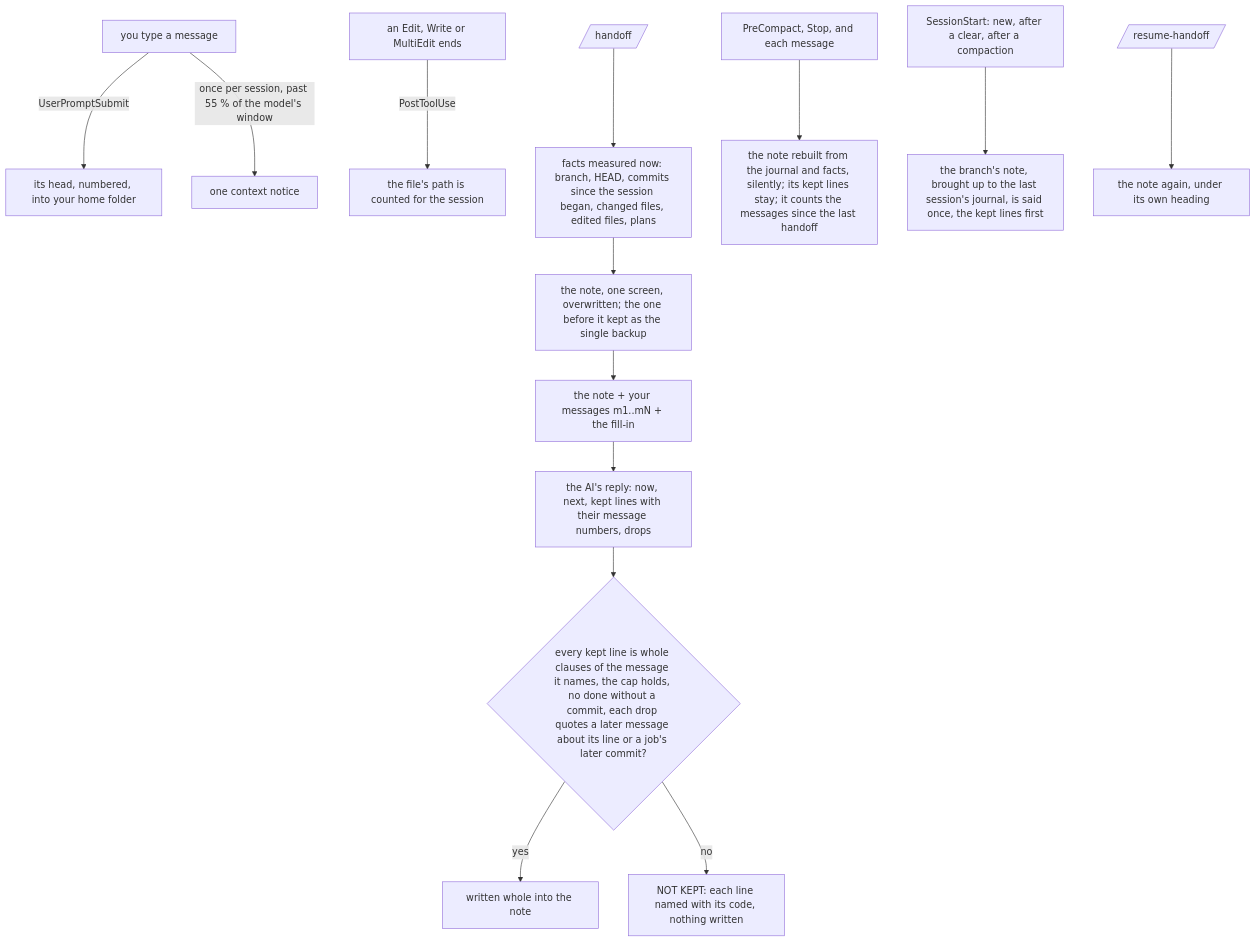
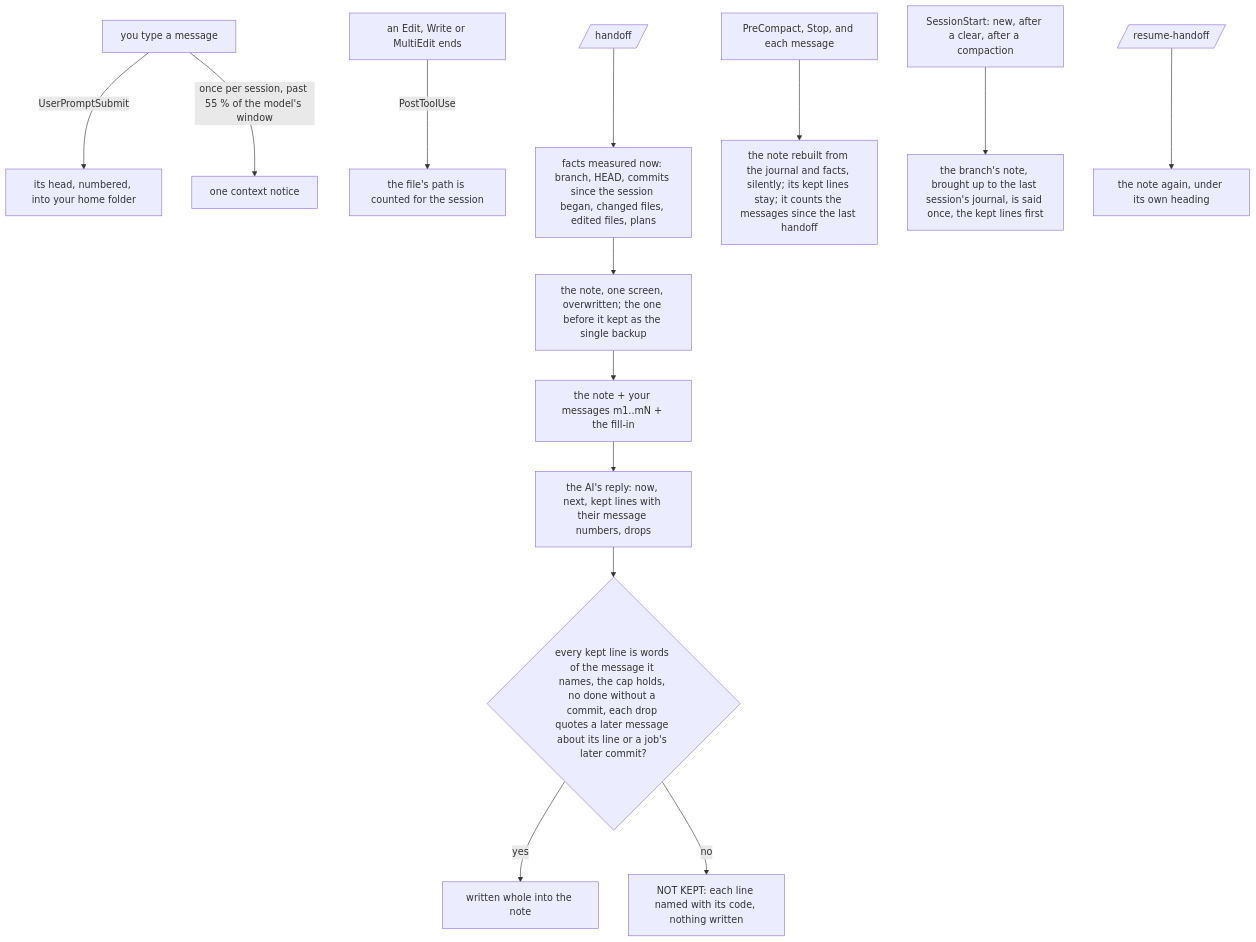
The diagram in packages/handoff/README.md (Bariscanates404/decisionbook), drawn with Mermaid before and after one commit. The commit also changed other lines of this file and 211 other files, not shown here.

````diff
--- a/packages/handoff/README.md
+++ b/packages/handoff/README.md
@@ -41,16 +40,16 @@
 ```mermaid
 flowchart TD
   P[you type a message] -->|UserPromptSubmit| M[its head, numbered, into your home folder]
   P -->|once per session, past 55 % of the model's window| CN[one context notice]
   E[an Edit, Write or MultiEdit ends] -->|PostToolUse| T[the file's path is counted for the session]
   H[/handoff/] --> F[facts measured now: branch, HEAD, commits since the session began, changed files, edited files, plans]
   F --> N[the note, one screen, overwritten; the one before it kept as the single backup]
   N --> L[the note + your messages m1..mN + the fill-in]
   L --> R[the AI's reply: now, next, kept lines with their message numbers, drops]
-  R --> C{every kept line is whole clauses of the message it names, the cap holds, no done without a commit, each drop quotes a later message about its line or a job's later commit?}
+  R --> C{every kept line is words of the message it names, the cap holds, no done without a commit, each drop quotes a later message about its line or a job's later commit?}
   C -->|yes| W[written whole into the note]
   C -->|no| X[NOT KEPT: each line named with its code, nothing written]
   PC[PreCompact, Stop, and each message] --> F2[the note rebuilt from the journal and facts, silently; its kept lines stay; it counts the messages since the last handoff]
   SS[SessionStart: new, after a clear, after a compaction] --> S[the branch's note, brought up to the last session's journal, is said once, the kept lines first]
   RS[/resume-handoff/] --> S2[the note again, under its own heading]
 ```
````
